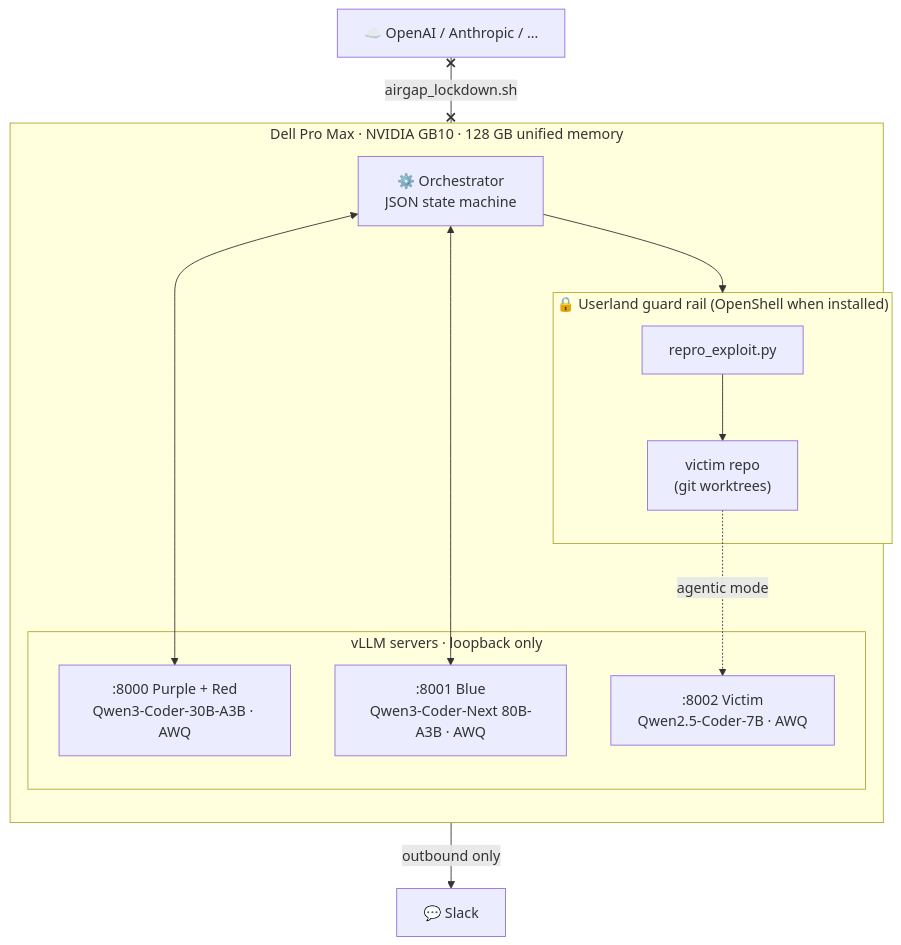
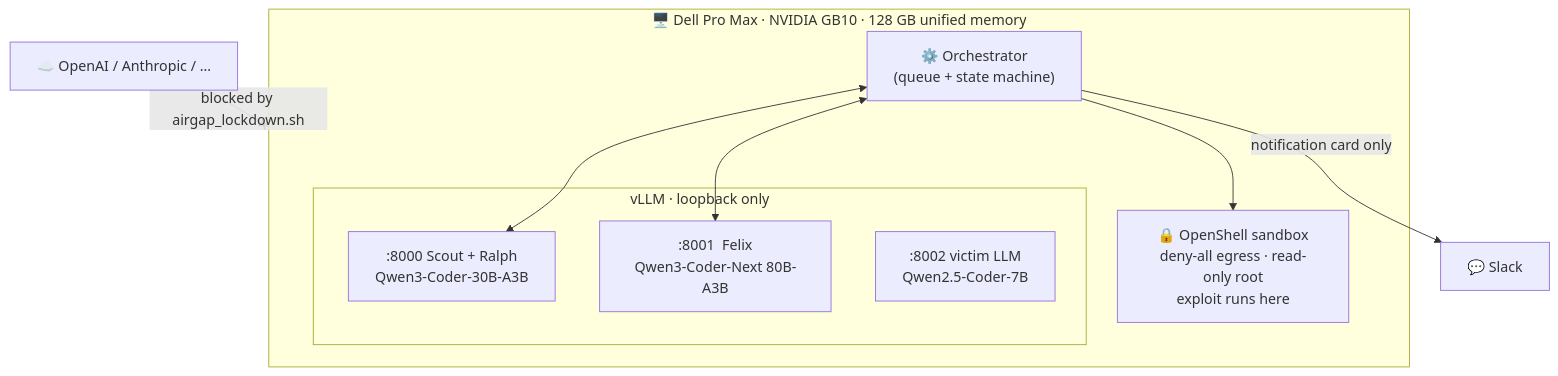
One commit to djang-c/WreckLess-Cyber-Security changed the third of 3 diagrams in README.md. Above: the diagram before and after it, drawn with Mermaid. The commit also changed other lines of this file and 3 other files, not shown here.

````diff
--- a/README.md
+++ b/README.md
@@ -171,22 +103,16 @@
 ```mermaid
 flowchart TB
-    subgraph GB10["Dell Pro Max · NVIDIA GB10 · 128 GB unified memory"]
-        direction TB
-        O["⚙️ Orchestrator<br/>JSON state machine"]
-        subgraph VLLM["vLLM servers · loopback only"]
-            S0[":8000 Purple + Red<br/>Qwen3-Coder-30B-A3B · AWQ"]
-            S1[":8001 Blue<br/>Qwen3-Coder-Next 80B-A3B · AWQ"]
-            S2[":8002 Victim<br/>Qwen2.5-Coder-7B · AWQ"]
+    subgraph GB10["🖥️ Dell Pro Max · NVIDIA GB10 · 128 GB unified memory"]
+        O["⚙️ Orchestrator<br/>(queue + state machine)"]
+        subgraph V["vLLM · loopback only"]
+            S0[":8000  Scout + Ralph<br/>Qwen3-Coder-30B-A3B"]
+            S1[":8001  Felix<br/>Qwen3-Coder-Next 80B-A3B"]
+            S2[":8002  victim LLM<br/>Qwen2.5-Coder-7B"]
         end
-        subgraph SB["🔒 Userland guard rail (OpenShell when installed)"]
-            E["repro_exploit.py"]
-            V["victim repo<br/>(git worktrees)"]
-        end
+        SB["🔒 OpenShell sandbox<br/>deny-all egress · read-only root<br/>exploit runs here"]
         O <--> S0 & S1
         O --> SB
-        E --> V
-        V -. agentic mode .-> S2
     end
-    O -- "outbound only" --> SL["💬 Slack"]
-    X["☁️ OpenAI / Anthropic / …"] x--x|"airgap_lockdown.sh"| GB10
+    O -- "notification card only" --> SL["💬 Slack"]
+    CL["☁️ OpenAI / Anthropic / …"] --x|"blocked by airgap_lockdown.sh"| GB10
 ```
````
